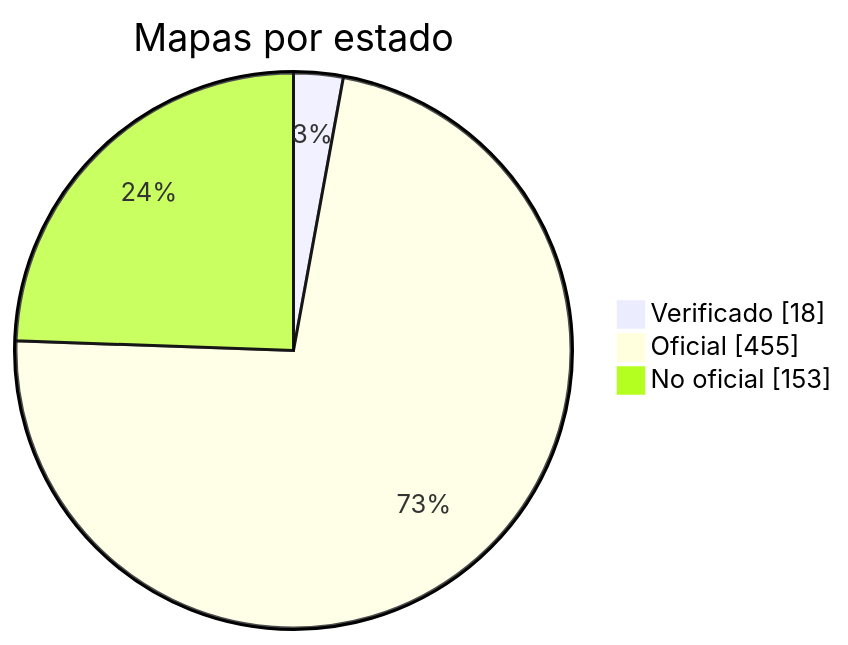
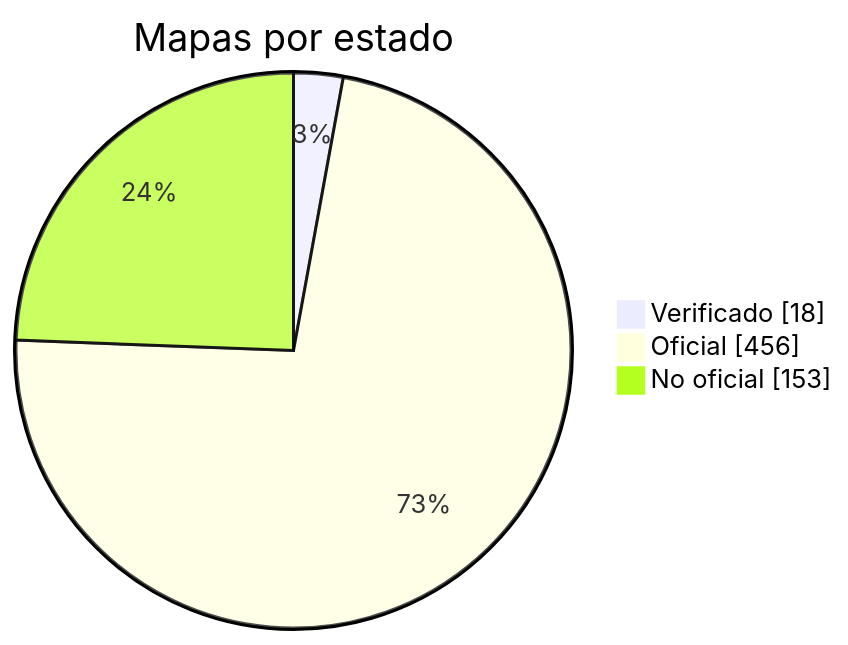
One commit to nobrega8/mbmap-library changed the diagram in docs/readme/README_ES.md. Above: the diagram before and after it, drawn with Mermaid. The commit also changed 6 other files, not shown here.

````diff
--- a/docs/readme/README_ES.md
+++ b/docs/readme/README_ES.md
@@ -54,7 +54,7 @@
 ```mermaid
 pie showData
     title Mapas por estado
     "Verificado" : 18
-    "Oficial" : 455
+    "Oficial" : 456
     "No oficial" : 153
 ```
````
